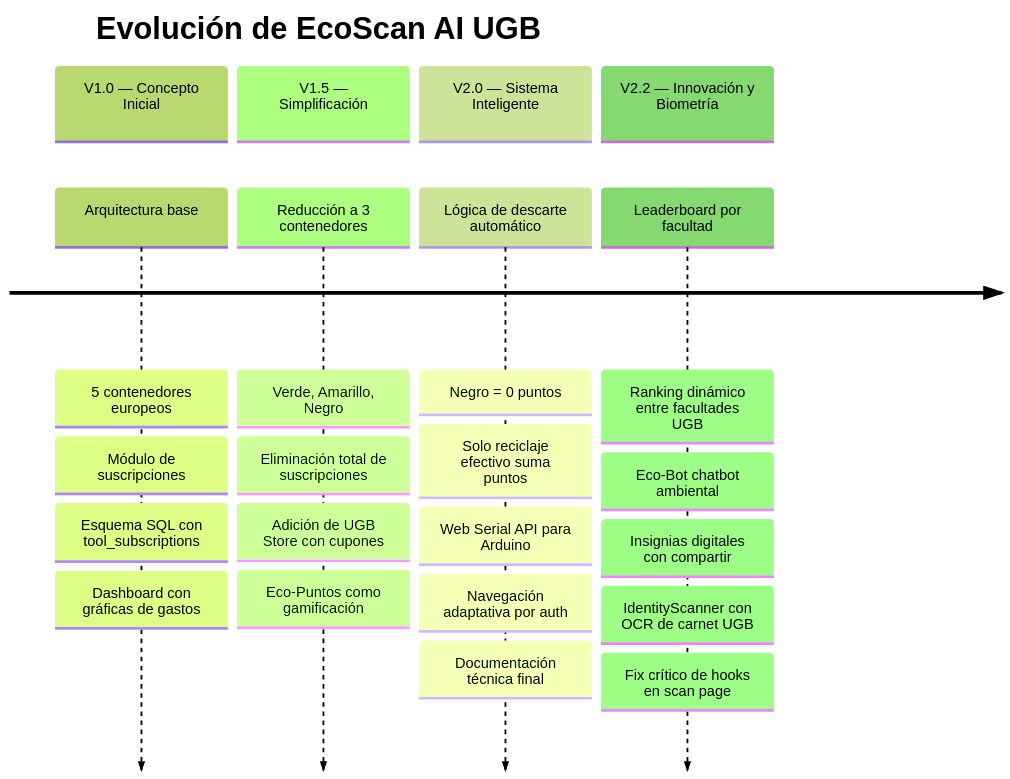
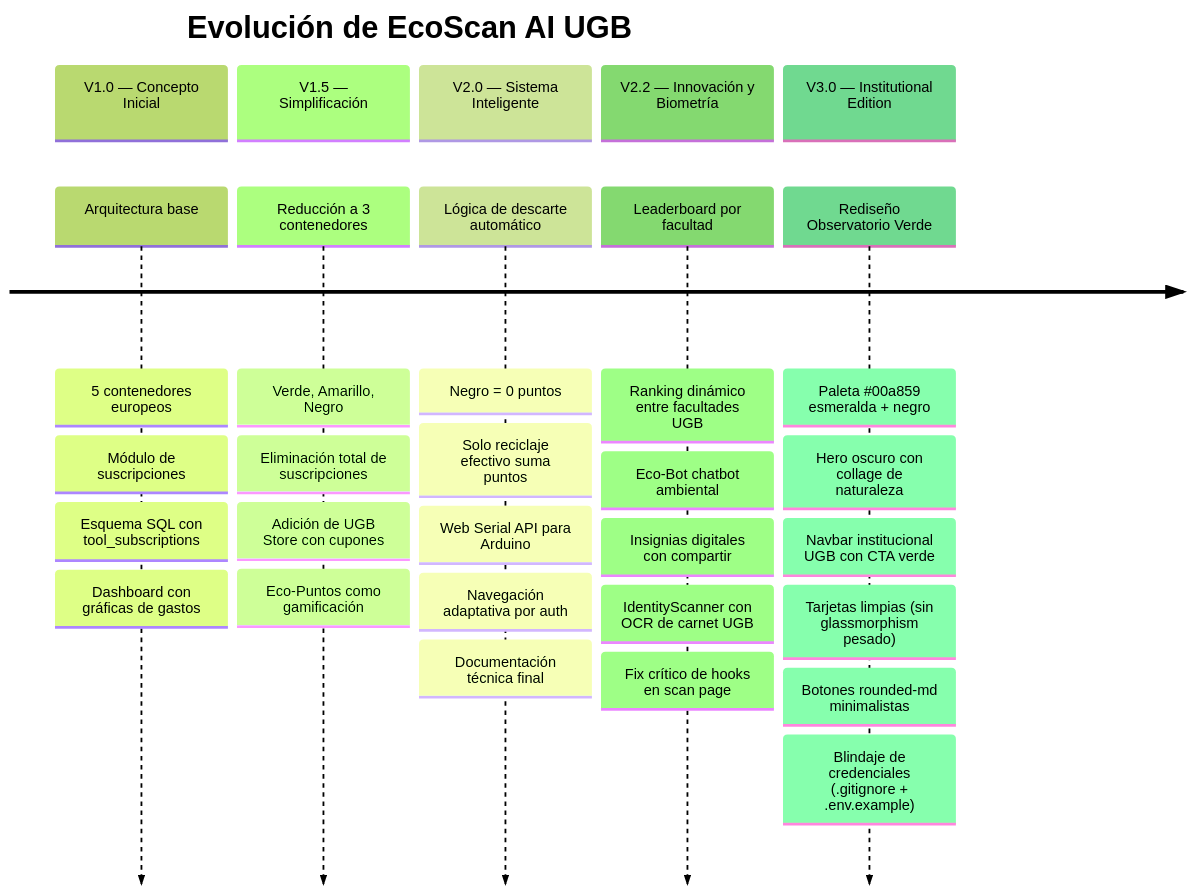
The second of 2 diagrams in DOCUMENTACION.md (NANDO7U7/TecEmer), drawn with Mermaid before and after one commit. The commit also changed other lines of this file and 51 other files, not shown here.

Commit message:
style: full redesign to match UGB Observatorio Verde branding v3.0

````diff
--- a/DOCUMENTACION.md
+++ b/DOCUMENTACION.md
@@ -571,30 +573,37 @@
 ```mermaid
 ---
 config:
   theme: forest
 ---
 timeline
     title Evolución de EcoScan AI UGB
     section V1.0 — Concepto Inicial
         Arquitectura base : 5 contenedores europeos
         : Módulo de suscripciones
         : Esquema SQL con tool_subscriptions
         : Dashboard con gráficas de gastos
     section V1.5 — Simplificación
         Reducción a 3 contenedores : Verde, Amarillo, Negro
         : Eliminación total de suscripciones
         : Adición de UGB Store con cupones
         : Eco-Puntos como gamificación
     section V2.0 — Sistema Inteligente
         Lógica de descarte automático : Negro = 0 puntos
         : Solo reciclaje efectivo suma puntos
         : Web Serial API para Arduino
         : Navegación adaptativa por auth
         : Documentación técnica final
     section V2.2 — Innovación y Biometría
         Leaderboard por facultad : Ranking dinámico entre facultades UGB
         : Eco-Bot chatbot ambiental
         : Insignias digitales con compartir
         : IdentityScanner con OCR de carnet UGB
         : Fix crítico de hooks en scan page
+    section V3.0 — Institutional Edition
+        Rediseño Observatorio Verde : Paleta #00a859 esmeralda + negro
+        : Hero oscuro con collage de naturaleza
+        : Navbar institucional UGB con CTA verde
+        : Tarjetas limpias (sin glassmorphism pesado)
+        : Botones rounded-md minimalistas
+        : Blindaje de credenciales (.gitignore + .env.example)
 ```
````
